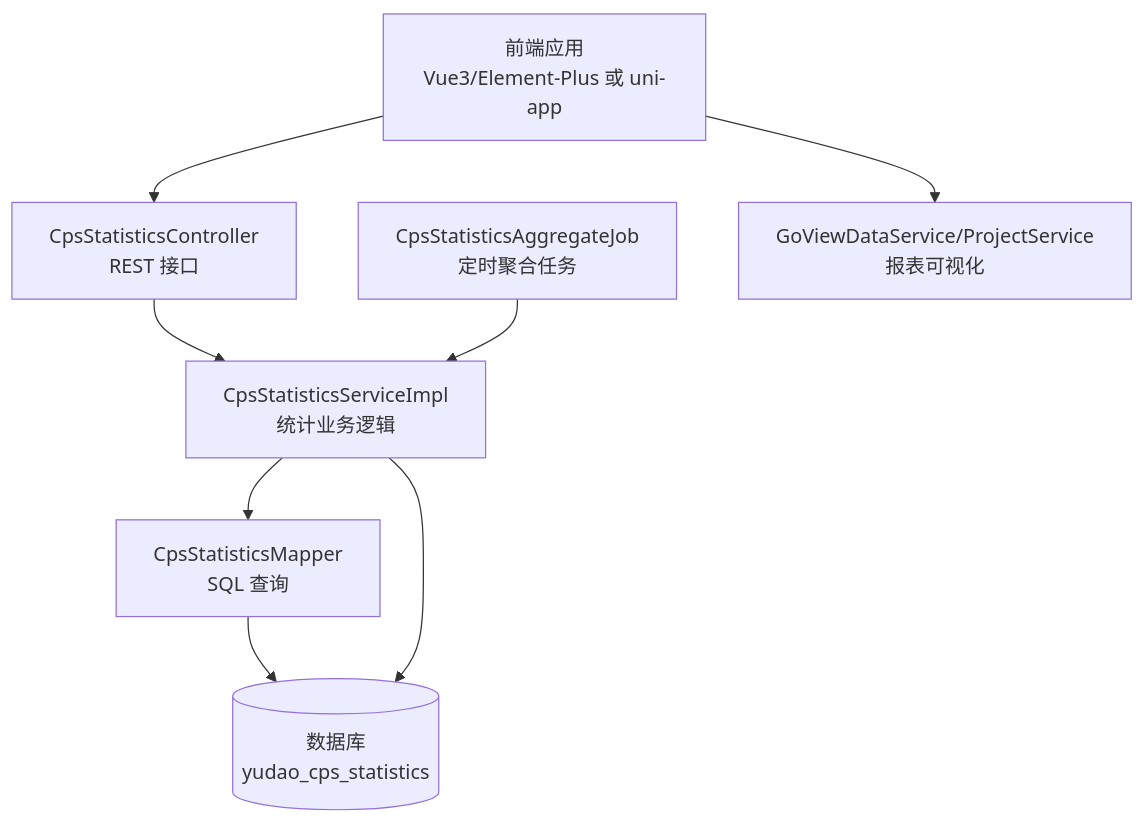
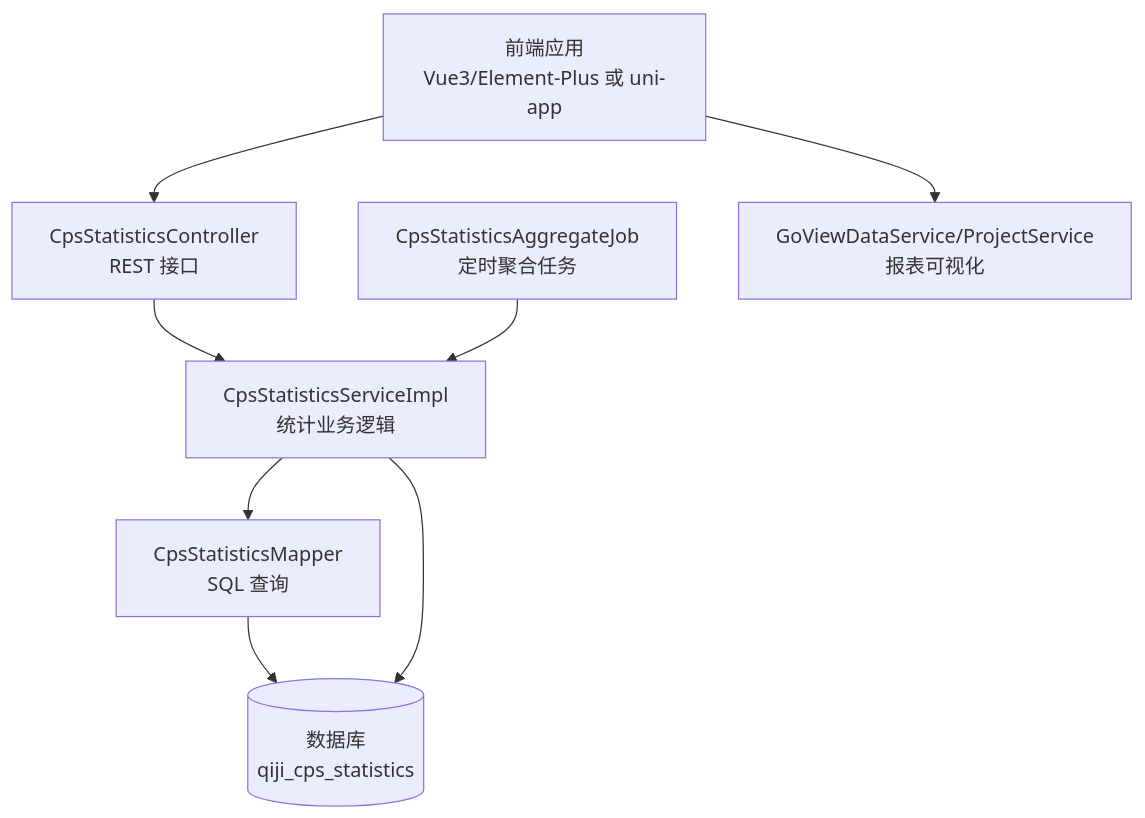
Before and after one commit to zhuangpengLI/AgenticCPS: the second of 9 diagrams in backend/.qoder/repowiki/zh/content/核心业务模块/CPS联盟返利模块/统计分析与报表.md, drawn with Mermaid. The commit also changed other lines of this file and 3489 other files, not shown here.

````diff
--- a/backend/.qoder/repowiki/zh/content/核心业务模块/CPS联盟返利模块/统计分析与报表.md
+++ b/backend/.qoder/repowiki/zh/content/核心业务模块/CPS联盟返利模块/统计分析与报表.md
@@ -120,13 +120,13 @@
 ```mermaid
 graph TB
 FE["前端应用<br/>Vue3/Element-Plus 或 uni-app"]
 API["CpsStatisticsController<br/>REST 接口"]
 SVC["CpsStatisticsServiceImpl<br/>统计业务逻辑"]
 MAPPER["CpsStatisticsMapper<br/>SQL 查询"]
-DB[("数据库<br/>yudao_cps_statistics")]
+DB[("数据库<br/>qiji_cps_statistics")]
 JOB["CpsStatisticsAggregateJob<br/>定时聚合任务"]
 GV["GoViewDataService/ProjectService<br/>报表可视化"]
 FE --> API --> SVC --> MAPPER --> DB
 JOB --> SVC --> DB
 FE --> GV
 ```
````
